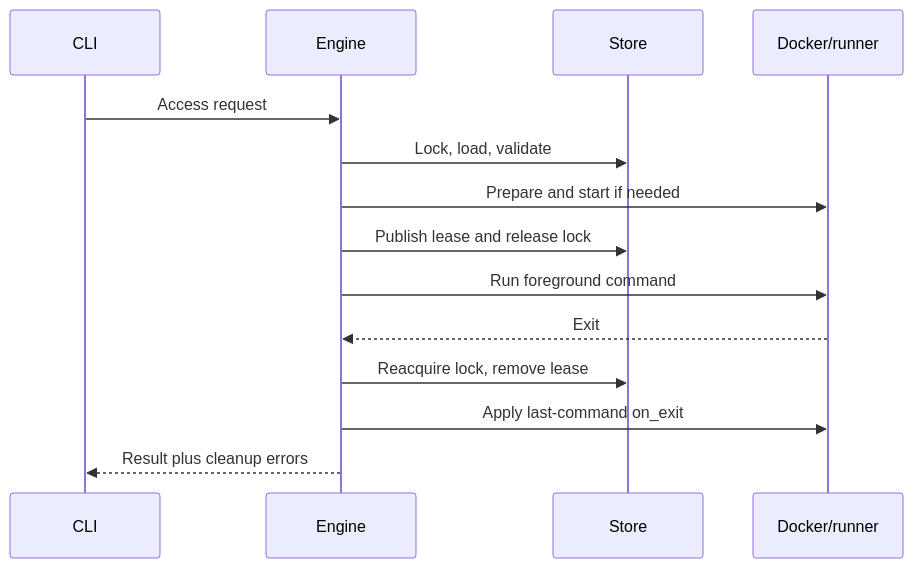
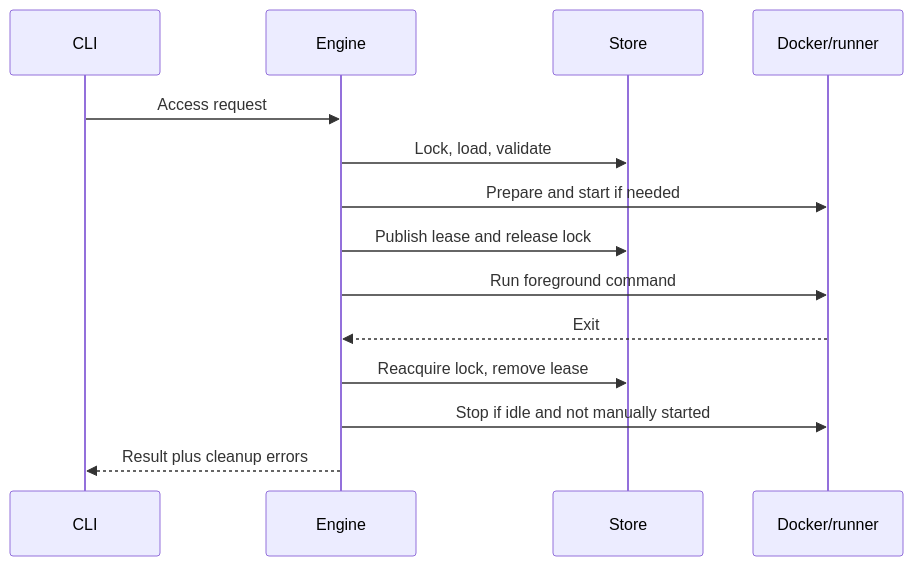
The fourth of 4 diagrams in docs/src/architecture/lifecycle.md (pip12345/devbox-neo), drawn with Mermaid before and after one commit. The commit also changed other lines of this file and 114 other files, not shown here.

````diff
--- a/docs/src/architecture/lifecycle.md
+++ b/docs/src/architecture/lifecycle.md
@@ -109,16 +109,16 @@
 ```mermaid
 sequenceDiagram
     participant C as CLI
     participant E as Engine
     participant S as Store
     participant D as Docker/runner
     C->>E: Access request
     E->>S: Lock, load, validate
     E->>D: Prepare and start if needed
     E->>S: Publish lease and release lock
     E->>D: Run foreground command
     D-->>E: Exit
     E->>S: Reacquire lock, remove lease
-    E->>D: Apply last-command on_exit
+    E->>D: Stop if idle and not manually started
     E-->>C: Result plus cleanup errors
 ```
````
